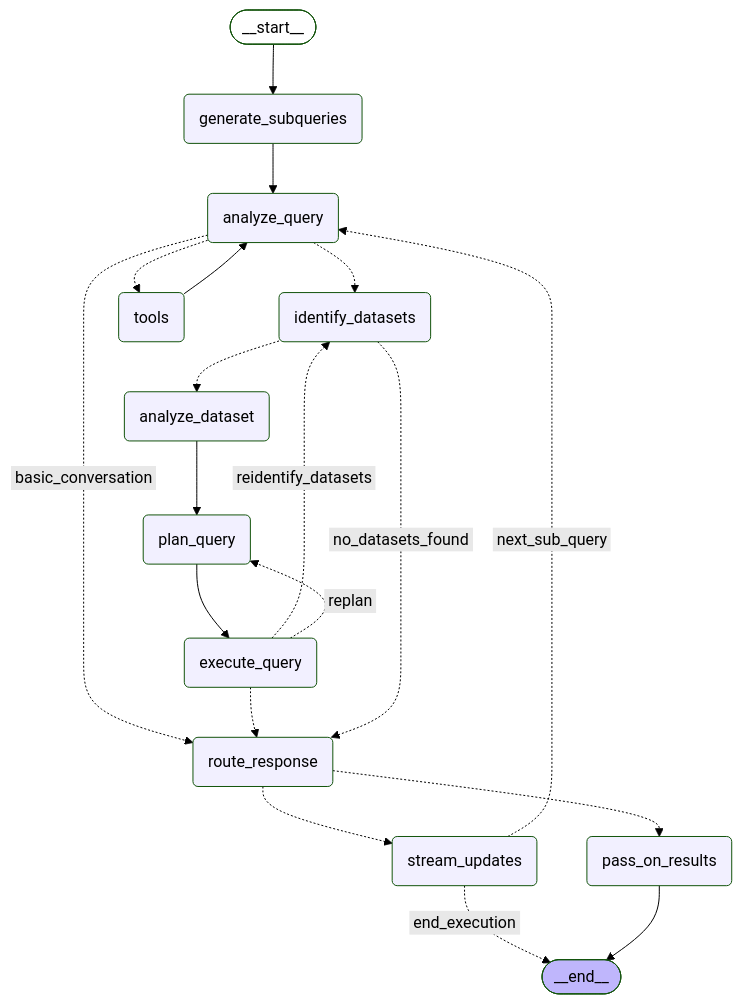
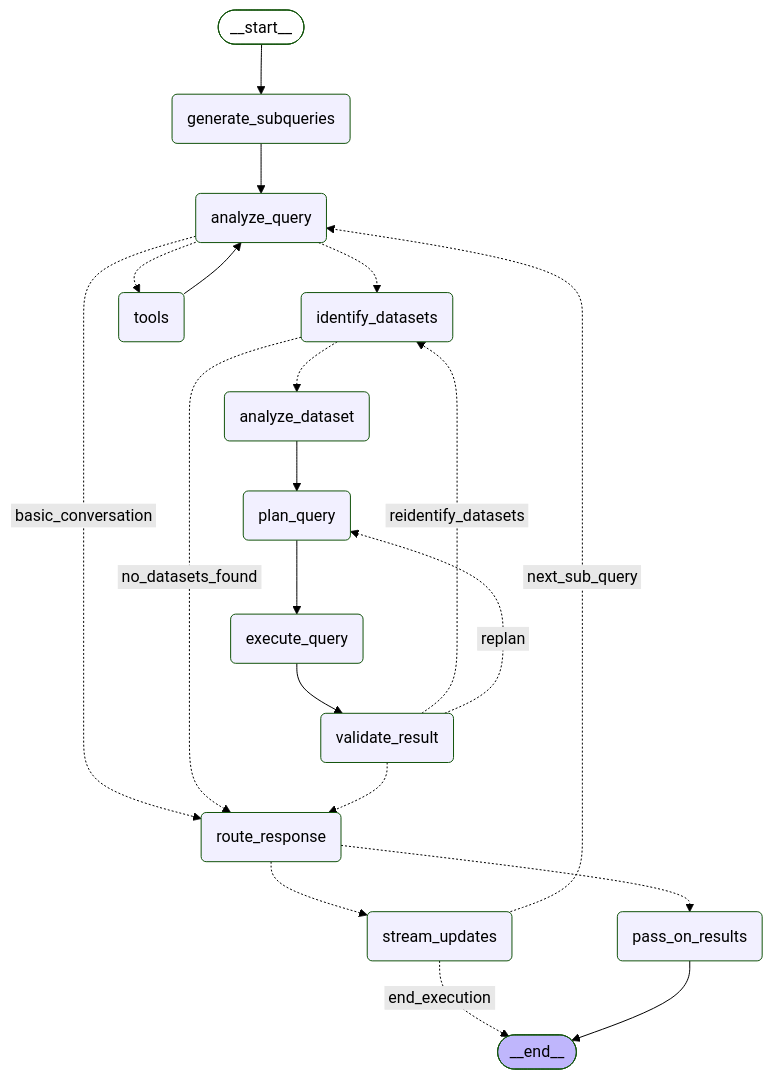
The diagram in chat-server/app/workflow/graph/graph_mermaid/multi_dataset_graph.mmd (factly/gopie), drawn with Mermaid (forest theme) before and after one commit. The commit also changed 5 other files, not shown here.

Commit message:
feat: add validate_result node with common prompts

```diff
--- a/chat-server/app/workflow/graph/graph_mermaid/multi_dataset_graph.mmd
+++ b/chat-server/app/workflow/graph/graph_mermaid/multi_dataset_graph.mmd
@@ -1,39 +1,41 @@
 ---
 config:
   flowchart:
     curve: basis
 ---
 graph TD;
 	__start__([<p>__start__</p>]):::first
 	generate_subqueries(generate_subqueries)
 	identify_datasets(identify_datasets)
 	analyze_query(analyze_query)
 	plan_query(plan_query)
 	execute_query(execute_query)
 	analyze_dataset(analyze_dataset)
 	stream_updates(stream_updates)
+	validate_result(validate_result)
 	tools(tools)
 	route_response(route_response)
 	pass_on_results(pass_on_results)
 	__end__([<p>__end__</p>]):::last
 	__start__ --> generate_subqueries;
 	analyze_dataset --> plan_query;
 	analyze_query -.-> identify_datasets;
 	analyze_query -. &nbsp;basic_conversation&nbsp; .-> route_response;
 	analyze_query -.-> tools;
-	execute_query -. &nbsp;reidentify_datasets&nbsp; .-> identify_datasets;
-	execute_query -. &nbsp;replan&nbsp; .-> plan_query;
-	execute_query -.-> route_response;
+	execute_query --> validate_result;
 	generate_subqueries --> analyze_query;
 	identify_datasets -.-> analyze_dataset;
 	identify_datasets -. &nbsp;no_datasets_found&nbsp; .-> route_response;
 	plan_query --> execute_query;
 	route_response -.-> pass_on_results;
 	route_response -.-> stream_updates;
 	stream_updates -. &nbsp;end_execution&nbsp; .-> __end__;
 	stream_updates -. &nbsp;next_sub_query&nbsp; .-> analyze_query;
 	tools --> analyze_query;
+	validate_result -. &nbsp;reidentify_datasets&nbsp; .-> identify_datasets;
+	validate_result -. &nbsp;replan&nbsp; .-> plan_query;
+	validate_result -.-> route_response;
 	pass_on_results --> __end__;
 	classDef default fill:#f2f0ff,line-height:1.2
 	classDef first fill-opacity:0
 	classDef last fill:#bfb6fc
```
